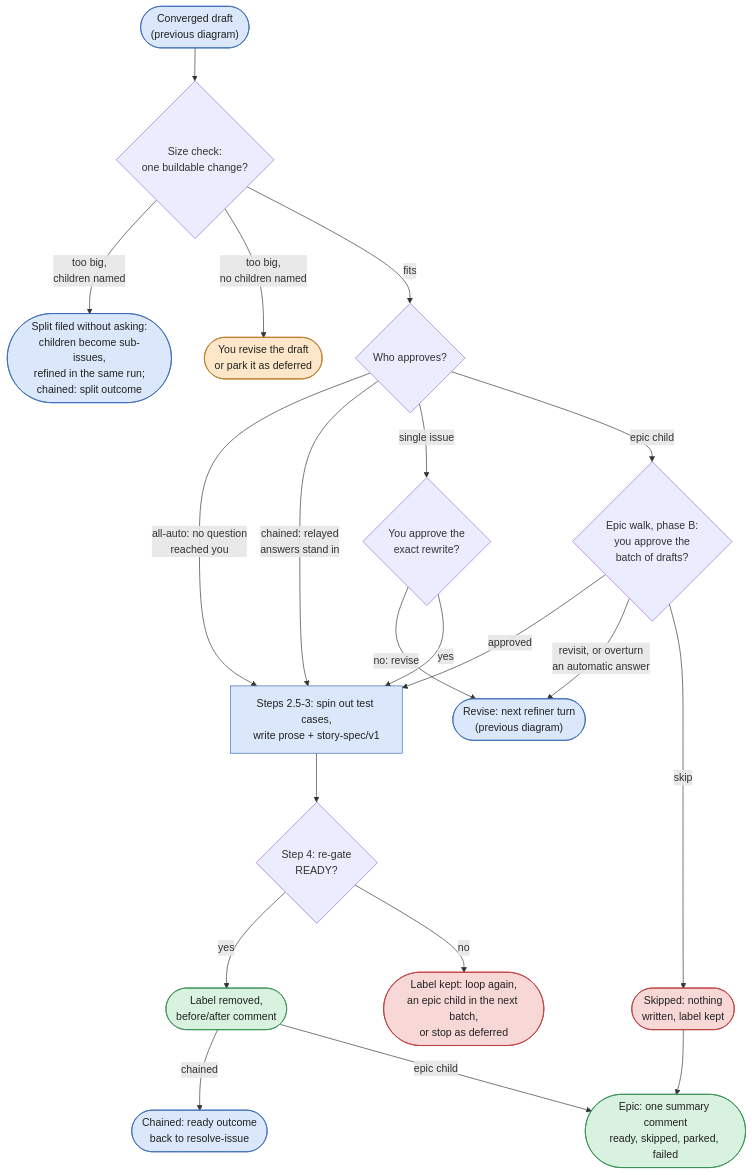
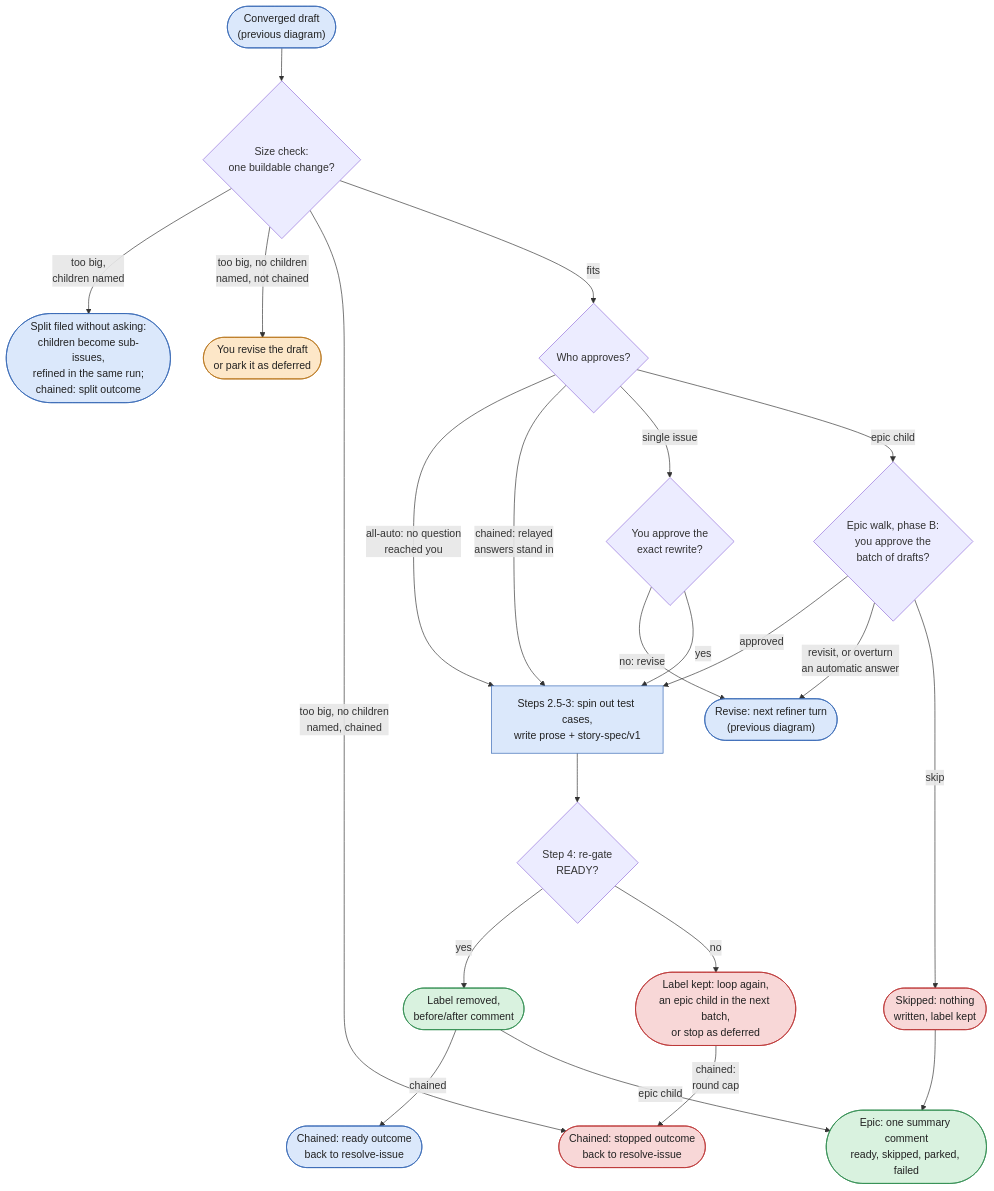
The diagram in docs/explanation/diagrams/refine-issue-write-back.mmd (timo-jakob/timos-claude-code-plugins), drawn with Mermaid before and after one commit. The commit also changed 3 other files, not shown here.

Commit message:
wip(resolve-issue #3022): round 2

```diff
--- a/docs/explanation/diagrams/refine-issue-write-back.mmd
+++ b/docs/explanation/diagrams/refine-issue-write-back.mmd
@@ -1,42 +1,45 @@
 flowchart TD
     classDef human fill:#fde7c8,stroke:#b8741a,color:#222
     classDef conductor fill:#dbe8fb,stroke:#3567b5,color:#222
     classDef agent fill:#e9ddf7,stroke:#7a4cb5,color:#222
     classDef stop fill:#f8d7d7,stroke:#b33,color:#222
     classDef ok fill:#d9f2df,stroke:#2e8b4e,color:#222
 
     IN(["Converged draft<br/>(previous diagram)"]):::conductor
     SIZE{"Size check:<br/>one buildable change?"}
     SPLIT(["Split filed without asking:<br/>children become sub-issues,<br/>refined in the same run;<br/>chained: split outcome"]):::conductor
     NOCH(["You revise the draft<br/>or park it as deferred"]):::human
     WHO{"Who approves?"}
     APPR{"You approve the<br/>exact rewrite?"}
     BATCH{"Epic walk, phase B:<br/>you approve the<br/>batch of drafts?"}
     REV(["Revise: next refiner turn<br/>(previous diagram)"]):::conductor
     SKIP(["Skipped: nothing<br/>written, label kept"]):::stop
     WB["Steps 2.5-3: spin out test cases,<br/>write prose + story-spec/v1"]:::conductor
     REGATE{"Step 4: re-gate<br/>READY?"}
     DONE(["Label removed,<br/>before/after comment"]):::ok
     KEEP(["Label kept: loop again,<br/>an epic child in the next batch,<br/>or stop as deferred"]):::stop
     OUT(["Chained: ready outcome<br/>back to resolve-issue"]):::conductor
+    CSTOP(["Chained: stopped outcome<br/>back to resolve-issue"]):::stop
     SUM(["Epic: one summary comment<br/>ready, skipped, parked, failed"]):::ok
 
     IN --> SIZE
     SIZE -- "too big,<br/>children named" --> SPLIT
-    SIZE -- "too big,<br/>no children named" --> NOCH
+    SIZE -- "too big, no children<br/>named, not chained" --> NOCH
+    SIZE -- "too big, no children<br/>named, chained" --> CSTOP
     SIZE -- fits --> WHO
     WHO -- "all-auto: no question<br/>reached you" --> WB
     WHO -- "chained: relayed<br/>answers stand in" --> WB
     WHO -- "single issue" --> APPR
     WHO -- "epic child" --> BATCH
     APPR -- "no: revise" --> REV
     APPR -- yes --> WB
     BATCH -- approved --> WB
     BATCH -- "revisit, or overturn<br/>an automatic answer" --> REV
     BATCH -- skip --> SKIP
     WB --> REGATE
     REGATE -- yes --> DONE
     REGATE -- no --> KEEP
+    KEEP -- "chained:<br/>round cap" --> CSTOP
     DONE -- chained --> OUT
     DONE -- "epic child" --> SUM
     SKIP --> SUM
```
